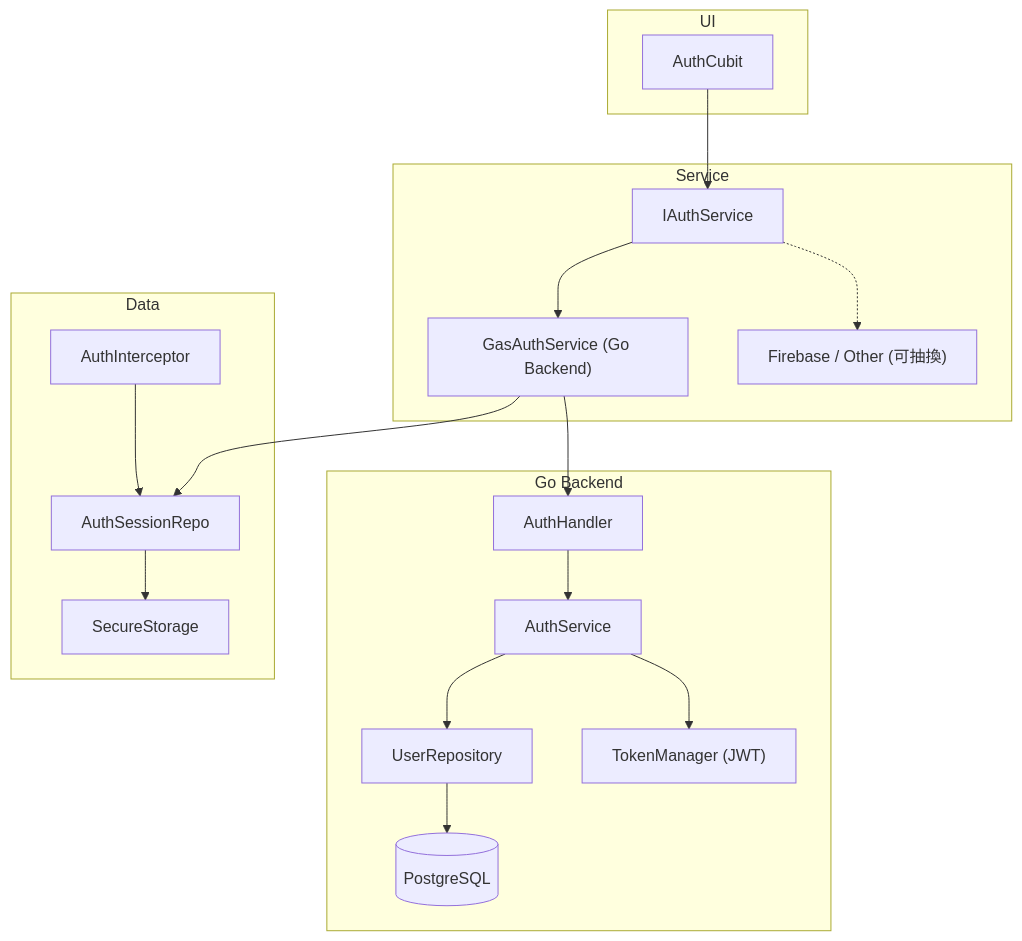
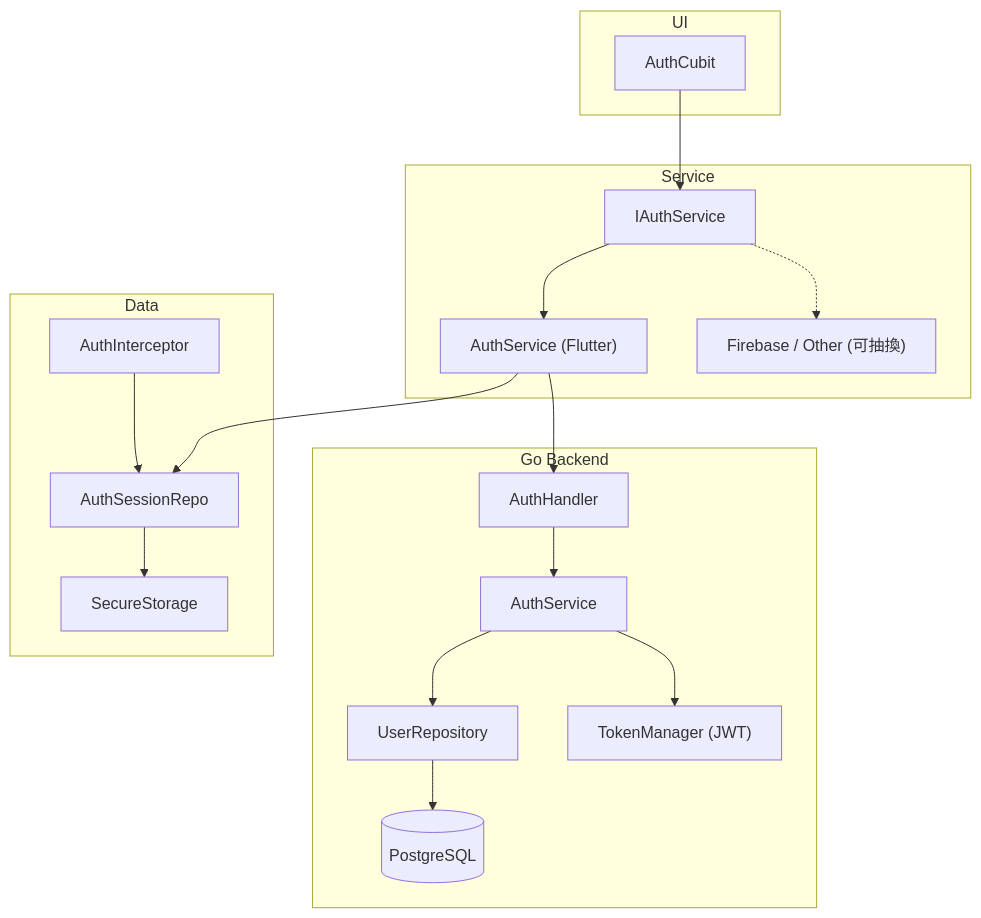
The first of 5 diagrams in docs/architecture/AUTH.md (dectecx/SummitMate), drawn with Mermaid before and after one commit. The commit also changed other lines of this file and 10 other files, not shown here.

````diff
--- a/docs/architecture/AUTH.md
+++ b/docs/architecture/AUTH.md
@@ -9,24 +9,24 @@
 ```mermaid
 graph TD
     subgraph UI
         AuthCubit
     end
     subgraph Service
-        IAuthService --> GasAuthService["GasAuthService (Go Backend)"]
+        IAuthService --> FlutterAuth["AuthService (Flutter)"]
         IAuthService -.-> FutureImpl["Firebase / Other (可抽換)"]
     end
     subgraph Data
         AuthSessionRepo --> SecureStorage
         AuthInterceptor --> AuthSessionRepo
     end
     subgraph GoBackend["Go Backend"]
         AuthHandler --> AuthService
         AuthService --> UserRepo["UserRepository"]
         AuthService --> TokenManager["TokenManager (JWT)"]
         UserRepo --> PG[(PostgreSQL)]
     end
 
     AuthCubit --> IAuthService
-    GasAuthService --> AuthSessionRepo
-    GasAuthService --> AuthHandler
+    FlutterAuth --> AuthSessionRepo
+    FlutterAuth --> AuthHandler
 ```
````
